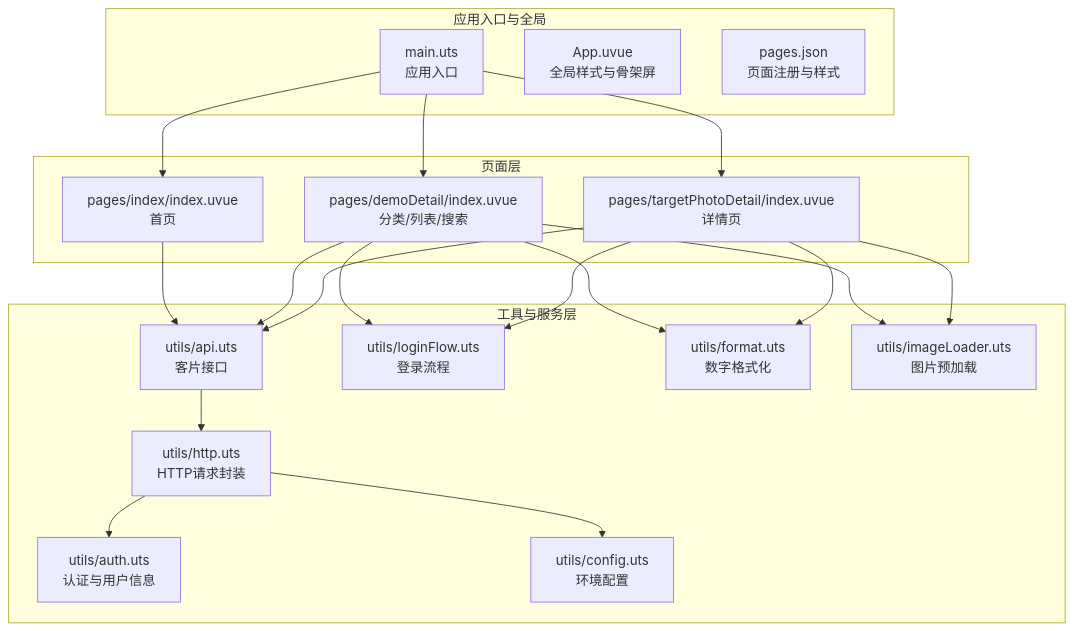
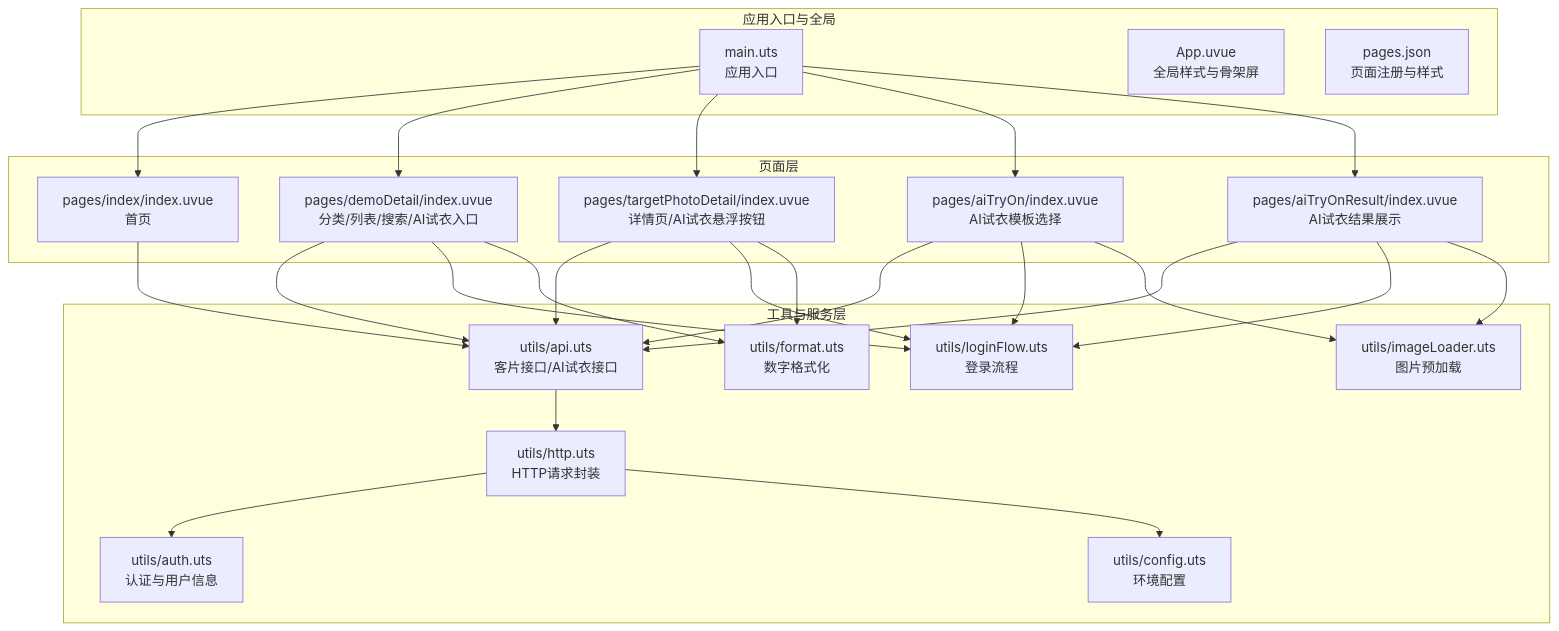
Before and after one commit to crazyma99/blueberry: the first of 8 diagrams in .qoder/repowiki/zh/content/核心功能模块/客片管理系统/客片管理系统.md, drawn with Mermaid. The commit also changed other lines of this file and 8 other files, not shown here.

````diff
--- a/.qoder/repowiki/zh/content/核心功能模块/客片管理系统/客片管理系统.md
+++ b/.qoder/repowiki/zh/content/核心功能模块/客片管理系统/客片管理系统.md
@@ -52,37 +59,45 @@
 ```mermaid
 graph TB
 subgraph "应用入口与全局"
 A["main.uts<br/>应用入口"]
 B["App.uvue<br/>全局样式与骨架屏"]
 C["pages.json<br/>页面注册与样式"]
 end
 subgraph "页面层"
 D["pages/index/index.uvue<br/>首页"]
-E["pages/demoDetail/index.uvue<br/>分类/列表/搜索"]
-F["pages/targetPhotoDetail/index.uvue<br/>详情页"]
+E["pages/demoDetail/index.uvue<br/>分类/列表/搜索/AI试衣入口"]
+F["pages/targetPhotoDetail/index.uvue<br/>详情页/AI试衣悬浮按钮"]
+G["pages/aiTryOn/index.uvue<br/>AI试衣模板选择"]
+H["pages/aiTryOnResult/index.uvue<br/>AI试衣结果展示"]
 end
 subgraph "工具与服务层"
-G["utils/api.uts<br/>客片接口"]
-H["utils/http.uts<br/>HTTP请求封装"]
-I["utils/auth.uts<br/>认证与用户信息"]
-J["utils/loginFlow.uts<br/>登录流程"]
-K["utils/format.uts<br/>数字格式化"]
-L["utils/imageLoader.uts<br/>图片预加载"]
-M["utils/config.uts<br/>环境配置"]
+I["utils/api.uts<br/>客片接口/AI试衣接口"]
+J["utils/http.uts<br/>HTTP请求封装"]
+K["utils/auth.uts<br/>认证与用户信息"]
+L["utils/loginFlow.uts<br/>登录流程"]
+M["utils/format.uts<br/>数字格式化"]
+N["utils/imageLoader.uts<br/>图片预加载"]
+O["utils/config.uts<br/>环境配置"]
 end
 A --> D
 A --> E
 A --> F
-D --> G
-E --> G
-F --> G
-G --> H
+A --> G
+A --> H
+D --> I
+E --> I
+F --> I
+G --> I
 H --> I
-E --> J
-F --> J
-E --> K
-F --> K
+I --> J
+J --> K
 E --> L
 F --> L
-H --> M
+G --> L
+H --> L
+E --> M
+F --> M
+G --> N
+H --> N
+J --> O
 ```
````
